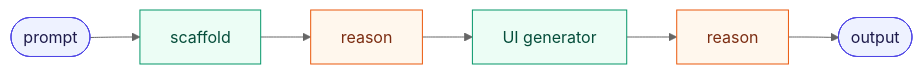
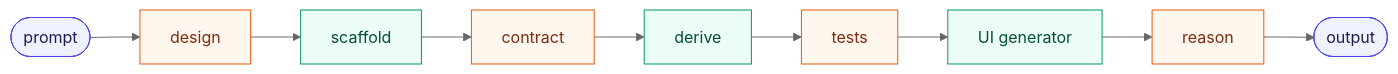
One commit to midnightntwrk/midnight-examples changed the first of 2 diagrams in docs/generation-flow.md. Above: the diagram before and after it, drawn with Mermaid (neutral theme). The commit also changed other lines of this file and 14 other files, not shown here.

First line of the commit message:
Cheaper reading for step 3; document the Phase 2 flow

````diff
--- a/docs/generation-flow.md
+++ b/docs/generation-flow.md
@@ -17,8 +20,8 @@
 ```mermaid
 flowchart LR
-  A(["prompt"]):::io --> B["scaffold"]:::script --> C["reason"]:::reason --> D["UI generator"]:::script --> E["reason"]:::reason --> F(["output"]):::io
+  A(["prompt"]):::io --> A2["design"]:::reason --> B["scaffold"]:::script --> C["contract"]:::reason --> C2["derive"]:::script --> C3["tests"]:::reason --> D["UI generator"]:::script --> E["reason"]:::reason --> F(["output"]):::io
 
   classDef io fill:#eef2ff,stroke:#4f46e5,color:#1e1b4b
   classDef script fill:#ecfdf5,stroke:#059669,color:#064e3b
   classDef reason fill:#fff7ed,stroke:#ea580c,color:#7c2d12
 ```
````
